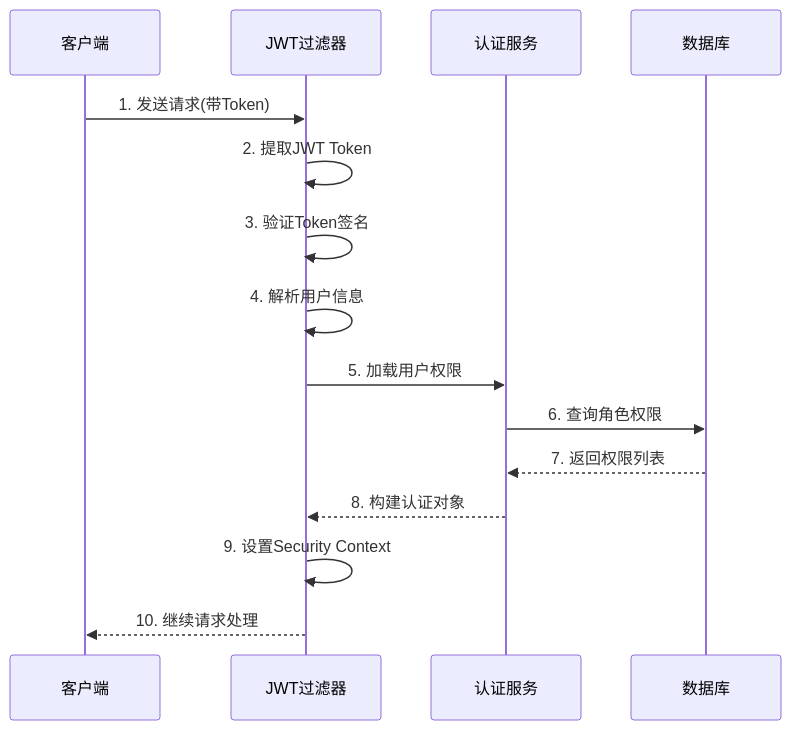
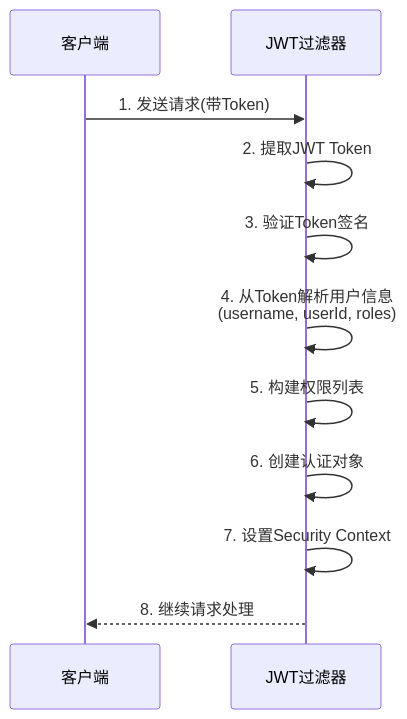
One commit to liusxml/personal-blog-backend changed the diagram in docs/docs/docs/infrastructure/security/overview.md. Above: the diagram before and after it, drawn with Mermaid. The commit also changed other lines of this file and 17 other files, not shown here.

Commit message:
docs: 完善Docusaurus技术文档与API参考 新增文档: - API参考: auth、users、roles API使用指南 - 基础设施: logging、auto-ddl、mybatis-plus配置与最佳实践 - 故障排查: MetaObjectHandler Bean冲突解决方案 - 数据库: Flyway迁移脚本使用指南 更新文档: - 完善getting-started入门教程 - 优化infrastructure基础设施文档（Redis/Security/API Docs） - 重构sidebars侧边栏结构

````diff
--- a/docs/docs/docs/infrastructure/security/overview.md
+++ b/docs/docs/docs/infrastructure/security/overview.md
@@ -11,18 +11,14 @@
 ```mermaid
 sequenceDiagram
     participant Client as 客户端
     participant Filter as JWT过滤器
-    participant Auth as 认证服务
-    participant DB as 数据库
     
     Client->>Filter: 1. 发送请求(带Token)
     Filter->>Filter: 2. 提取JWT Token
     Filter->>Filter: 3. 验证Token签名
-    Filter->>Filter: 4. 解析用户信息
-    Filter->>Auth: 5. 加载用户权限
-    Auth->>DB: 6. 查询角色权限
-    DB-->>Auth: 7. 返回权限列表
-    Auth-->>Filter: 8. 构建认证对象
-    Filter->>Filter: 9. 设置Security Context
-    Filter-->>Client: 10. 继续请求处理
+    Filter->>Filter: 4. 从Token解析用户信息<br/>(username, userId, roles)
+    Filter->>Filter: 5. 构建权限列表
+    Filter->>Filter: 6. 创建认证对象
+    Filter->>Filter: 7. 设置Security Context
+    Filter-->>Client: 8. 继续请求处理
 ```
````
